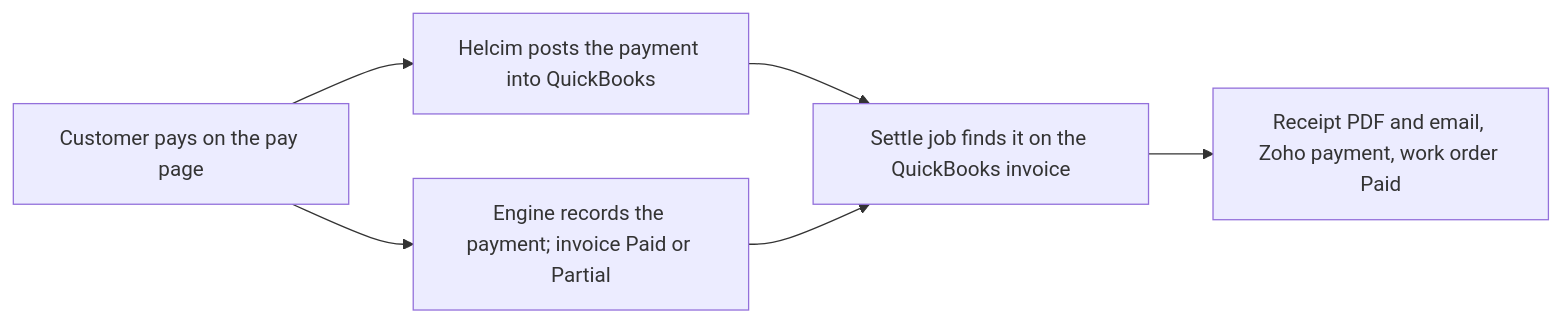
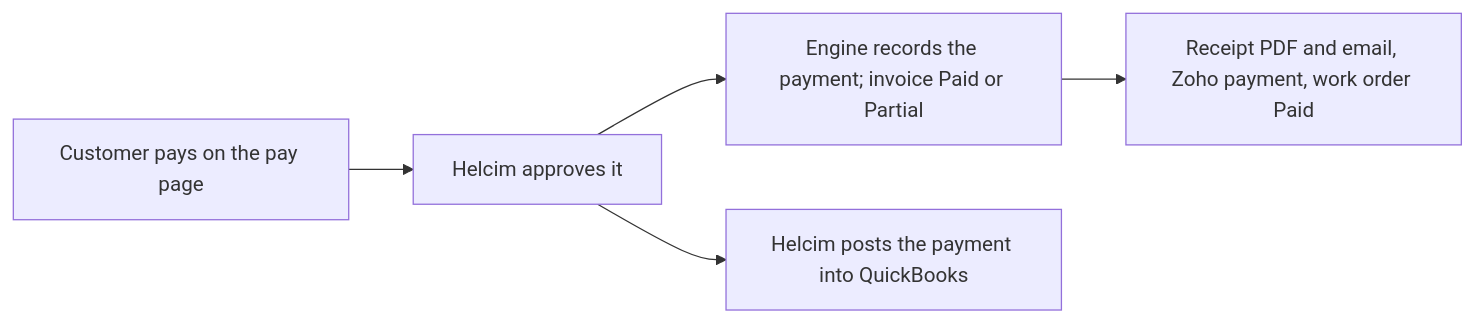
The diagram in handbook/payments/how-payments-work.mdx (comforthub/comforthub-docs), drawn with Mermaid before and after one commit. The commit also changed other lines of this file and 67 other files, not shown here.

````diff
--- a/handbook/payments/how-payments-work.mdx
+++ b/handbook/payments/how-payments-work.mdx
@@ -15,8 +17,7 @@
 ```mermaid
 flowchart LR
-  A[Customer pays on the pay page] --> B[Engine records the payment; invoice Paid or Partial]
-  A --> C[Helcim posts the payment into QuickBooks]
-  C --> D[Settle job finds it on the QuickBooks invoice]
-  B --> D
-  D --> E[Receipt PDF and email, Zoho payment, work order Paid]
+  A[Customer pays on the pay page] --> B[Helcim approves it]
+  B --> C[Engine records the payment; invoice Paid or Partial]
+  C --> D[Receipt PDF and email, Zoho payment, work order Paid]
+  B --> E[Helcim posts the payment into QuickBooks]
 ```
````
